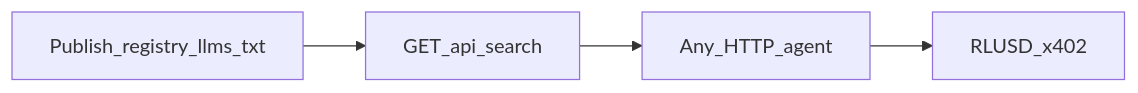
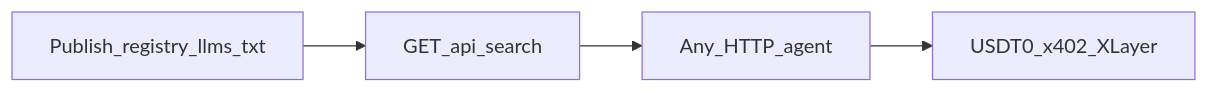
Before and after one commit to itzsihui/OKXDevDay2026: the diagram in README.md, drawn with Mermaid. The commit also changed other lines of this file and 335 other files, not shown here.

````diff
--- a/README.md
+++ b/README.md
@@ -59,6 +32,6 @@
 ```mermaid
 flowchart LR
   publish[Publish_registry_llms_txt] --> search[GET_api_search]
   search --> anyAgent[Any_HTTP_agent]
-  anyAgent --> settle[RLUSD_x402]
+  anyAgent --> settle[USDT0_x402_XLayer]
 ```
````
